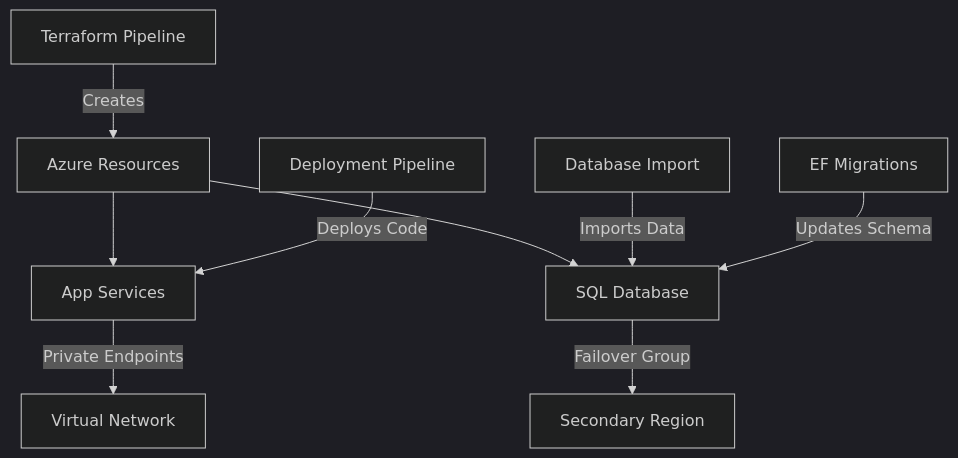
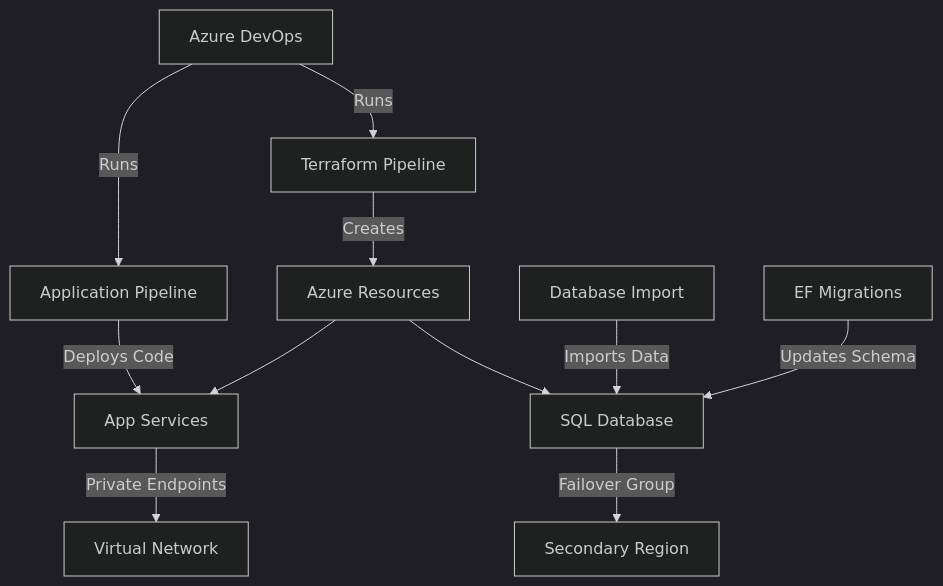
Before and after one commit to NguyenPhamCode4You/ai-home-lab-docker-compose: the second of 11 diagrams in transcribe/Deployment-Azure-Prod.md, drawn with Mermaid (dark theme).

Commit message:
update digram

````diff
--- a/transcribe/Deployment-Azure-Prod.md
+++ b/transcribe/Deployment-Azure-Prod.md
@@ -66,11 +66,13 @@
 ```mermaid
 graph TD
+    A[Azure DevOps] -->|Runs| F[Terraform Pipeline]
+    A -->|Runs| L[Application Pipeline]
     F[Terraform Pipeline] -->|Creates| G[Azure Resources]
-    G --> H[App Services]
     G --> I[SQL Database]
     H -->|Private Endpoints| J[Virtual Network]
     I -->|Failover Group| K[Secondary Region]
-    L[Deployment Pipeline] -->|Deploys Code| H
+    L[Application Pipeline] -->|Deploys Code| H
     M[Database Import] -->|Imports Data| I
+    G --> H[App Services]
     N[EF Migrations] -->|Updates Schema| I
 ```
````
